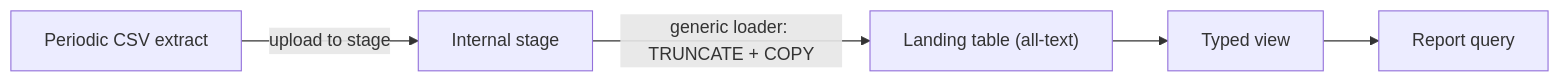
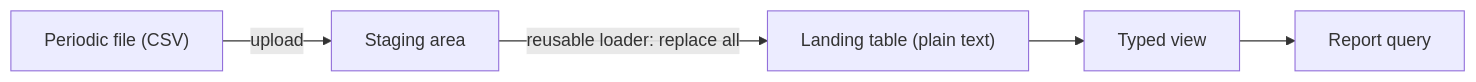
The fourth of 5 diagrams in README.md (hsg09/governed-reporting-data-mart-snowflake), drawn with Mermaid before and after one commit. The commit also changed other lines of this file, not shown here.

````diff
--- a/README.md
+++ b/README.md
@@ -220,7 +212,7 @@
 ```mermaid
 graph LR
-    CSV["Periodic CSV extract"] -->|upload to stage| STG["Internal stage"]
-    STG -->|generic loader: TRUNCATE + COPY| TBL["Landing table (all-text)"]
+    CSV["Periodic file (CSV)"] -->|upload| STG["Staging area"]
+    STG -->|reusable loader: replace all| TBL["Landing table (plain text)"]
     TBL --> VW["Typed view"]
     VW --> RQ["Report query"]
 ```
````
